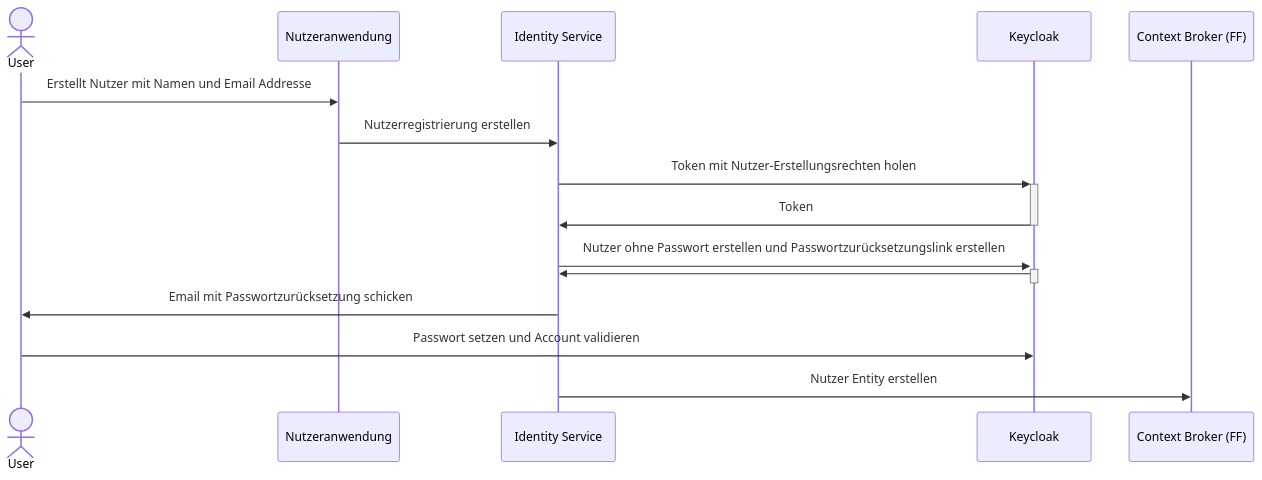
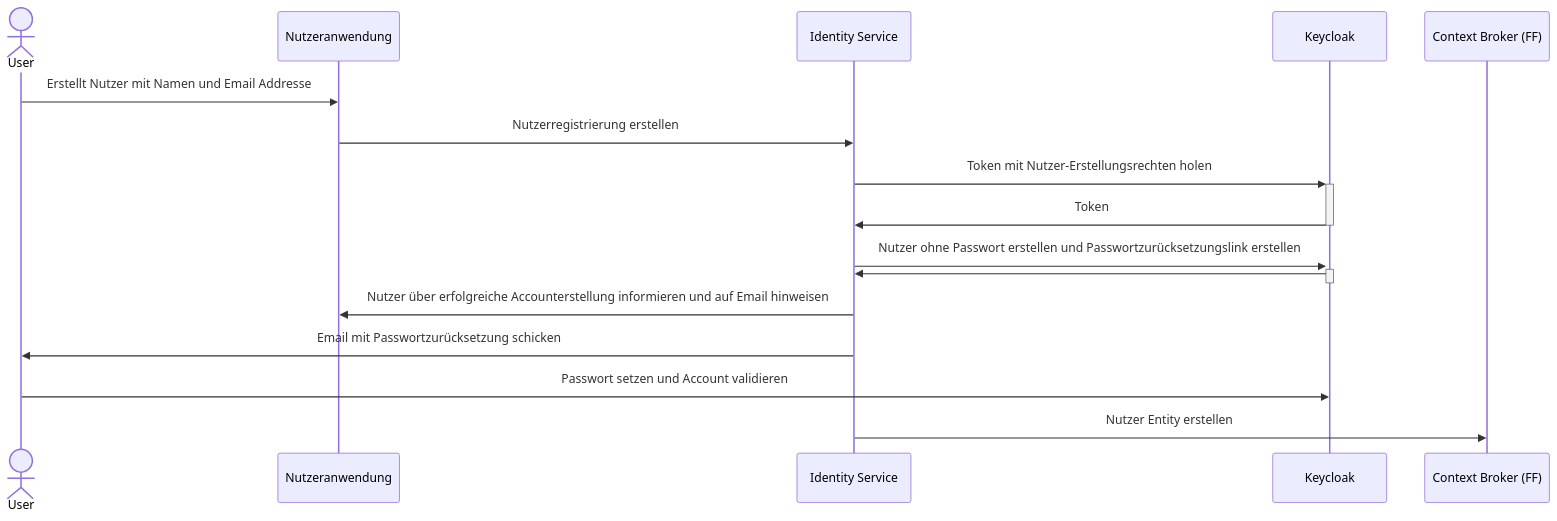
Before and after one commit to NeMo-bil/documentation: the third of 3 diagrams in README.md, drawn with Mermaid.

Commit message:
user feedback

````diff
--- a/README.md
+++ b/README.md
@@ -138,22 +138,23 @@
 ```mermaid
 sequenceDiagram
 %% auskommentieren wenn wir Details zur Kommunikation aufschreiben
 %% autonumber
 %% Benutzer definieren
 actor User
 %% technische Teilnehmer/Componenten definieren
 participant App as Nutzeranwendung
 participant ID as Identity Service
 participant KC as Keycloak
 participant CB as Context Broker (FF)
 
 User->>App: Erstellt Nutzer mit Namen und Email Addresse
 App->>ID: Nutzerregistrierung erstellen
 ID->>+KC: Token mit Nutzer-Erstellungsrechten holen
 KC->>-ID: Token
 ID->>+KC: Nutzer ohne Passwort erstellen und Passwortzurücksetzungslink erstellen
 KC->>-ID: 
+ID->>App: Nutzer über erfolgreiche Accounterstellung informieren und auf Email hinweisen
 ID->>User: Email mit Passwortzurücksetzung schicken
 User->>KC: Passwort setzen und Account validieren
 ID->>CB: Nutzer Entity erstellen
 ```
````
